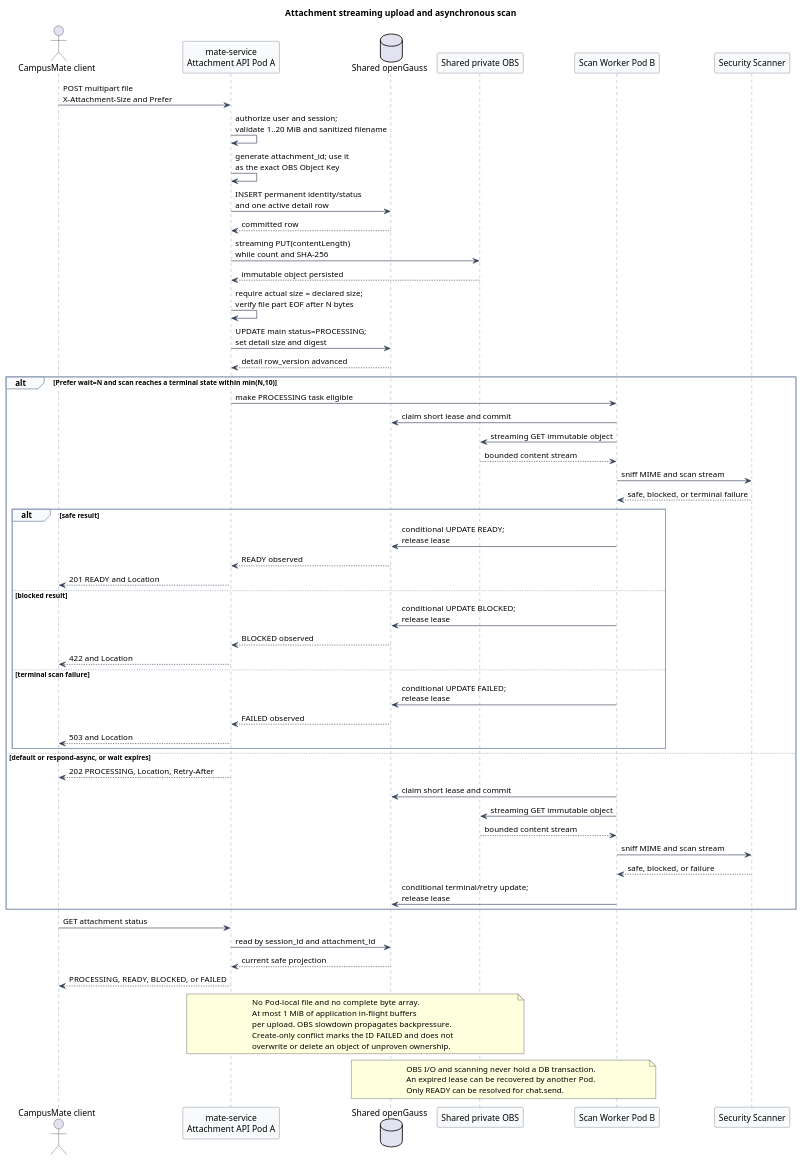
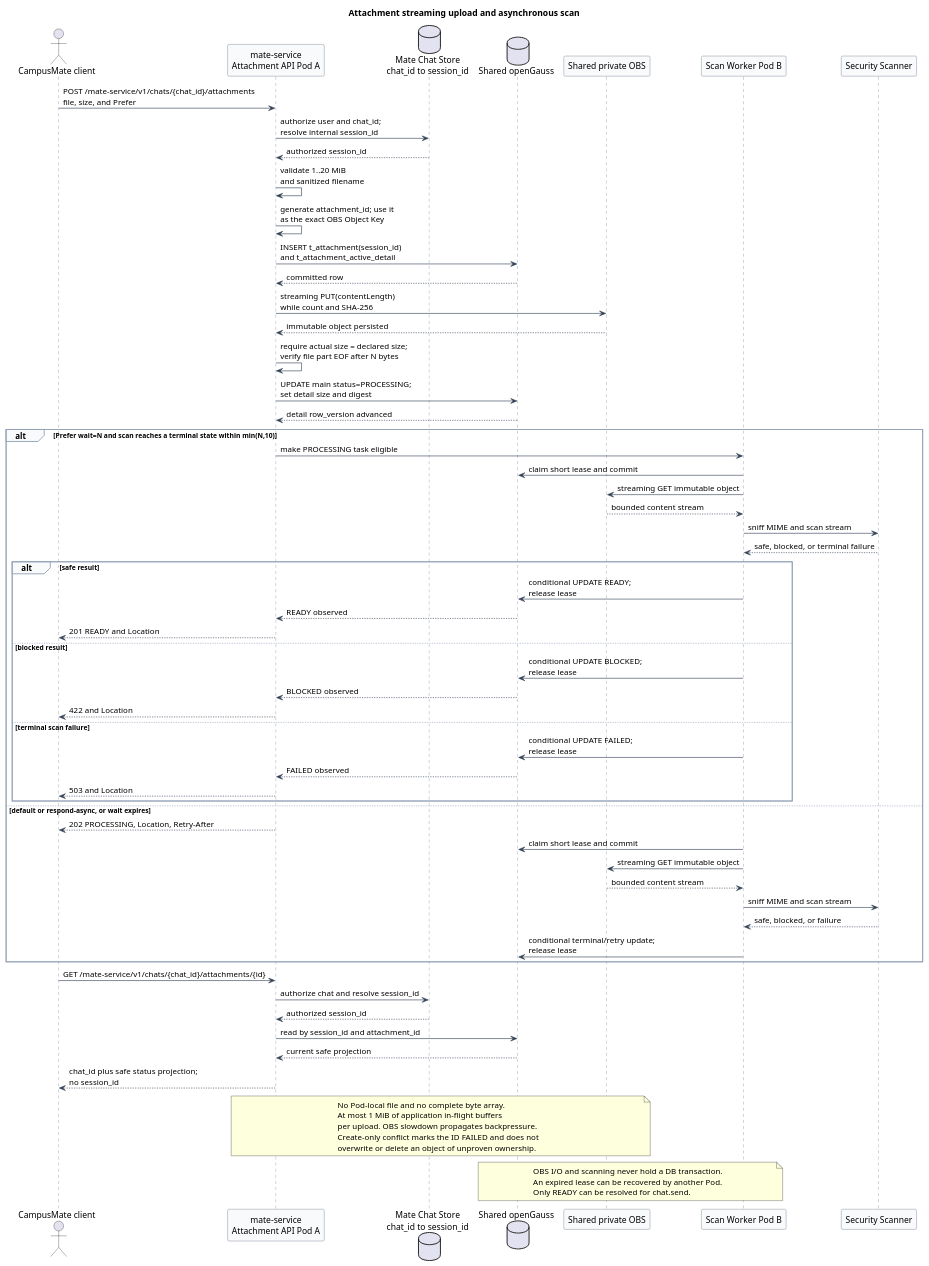
The first of 4 diagrams in campusmate-attachment-service/diagram.puml (superheromeZzh/pi-mono-java-design), drawn with PlantUML before and after one commit. The commit also changed other lines of this file and 35 other files, not shown here.

Commit message:
docs(agent): define public chat gateway boundary

```diff
--- a/campusmate-attachment-service/diagram.puml
+++ b/campusmate-attachment-service/diagram.puml
@@ -6,101 +6,107 @@
 @startuml attachment_upload_and_scan_flow
 title Attachment streaming upload and asynchronous scan
 
 ' Source evidence (pi-mono fc85bdd88be93b1e9a6b6bcfa41c684282ec79cc):
 ' packages/agent/src/agent.ts, prompt(), lines 336-395
 ' packages/ai/src/types.ts, ImageContent, lines 345-349
 ' Source evidence (pi-mono-java 1f7a5423219edfa4519d8719f1cc8a188ed72873):
 ' modules/ai/src/main/java/com/campusclaw/ai/types/UserMessage.java, lines 20-31
 ' modules/ai/src/main/java/com/campusclaw/ai/types/ContentBlock.java, lines 17-24
 ' modules/ai/src/main/java/com/campusclaw/ai/types/ImageContent.java, lines 9-18
 ' docs/plans/ws-chat-followups.md, lines 12-37
 ' External evidence:
 ' Huawei OBS Java SDK streaming upload: obs_21_0602.html and obs_21_0604.html
 ' RFC 7240: respond-async and wait HTTP preferences
 ' Observed behavior: both source baselines support inline image content but do
 ' not implement a generic attachment upload, scan, state, or OBS reference API.
-' Target design: mate-service streams one known-length file to shared OBS,
-' persists metadata in openGauss, and scans asynchronously before READY.
+' Target design: mate-service authorizes a public chat_id, resolves its internal
+' session_id from Mate Chat Store, streams one known-length file to shared OBS,
+' persists Runtime-bound metadata in openGauss, and scans before READY.
 ' Design reason: keep file bytes out of Chat Frames, local disk, and database rows.
 ' Security hardening: uploaded scripts remain untrusted bytes and are never executed.
 
 skinparam backgroundColor #FFFFFF
 skinparam shadowing false
 skinparam defaultFontName Arial
 skinparam sequence {
   ArrowColor #334155
   LifeLineBorderColor #64748B
   LifeLineBackgroundColor #F8FAFC
   ParticipantBorderColor #475569
   ParticipantBackgroundColor #F8FAFC
   GroupBorderColor #94A3B8
   GroupBackgroundColor #F8FAFC
 }
 
 actor "CampusMate client" as Client
 participant "mate-service\nAttachment API Pod A" as API
+database "Mate Chat Store\nchat_id to session_id" as ChatStore
 database "Shared openGauss" as DB
 participant "Shared private OBS" as OBS
 participant "Scan Worker Pod B" as Worker
 participant "Security Scanner" as Scanner
 
-Client -> API : POST multipart file\nX-Attachment-Size and Prefer
-API -> API : authorize user and session;\nvalidate 1..20 MiB and sanitized filename
+Client -> API : POST /mate-service/v1/chats/{chat_id}/attachments\nfile, size, and Prefer
+API -> ChatStore : authorize user and chat_id;\nresolve internal session_id
+ChatStore --> API : authorized session_id
+API -> API : validate 1..20 MiB\nand sanitized filename
 API -> API : generate attachment_id; use it\nas the exact OBS Object Key
-API -> DB : INSERT permanent identity/status\nand one active detail row
+API -> DB : INSERT t_attachment(session_id)\nand t_attachment_active_detail
 DB --> API : committed row
 API -> OBS : streaming PUT(contentLength)\nwhile count and SHA-256
 OBS --> API : immutable object persisted
 API -> API : require actual size = declared size;\nverify file part EOF after N bytes
 API -> DB : UPDATE main status=PROCESSING;\nset detail size and digest
 DB --> API : detail row_version advanced
 
 alt Prefer wait=N and scan reaches a terminal state within min(N,10)
   API -> Worker : make PROCESSING task eligible
   Worker -> DB : claim short lease and commit
   Worker -> OBS : streaming GET immutable object
   OBS --> Worker : bounded content stream
   Worker -> Scanner : sniff MIME and scan stream
   Scanner --> Worker : safe, blocked, or terminal failure
   alt safe result
     Worker -> DB : conditional UPDATE READY;\nrelease lease
     DB --> API : READY observed
     API --> Client : 201 READY and Location
   else blocked result
     Worker -> DB : conditional UPDATE BLOCKED;\nrelease lease
     DB --> API : BLOCKED observed
     API --> Client : 422 and Location
   else terminal scan failure
     Worker -> DB : conditional UPDATE FAILED;\nrelease lease
     DB --> API : FAILED observed
     API --> Client : 503 and Location
   end
 else default or respond-async, or wait expires
   API --> Client : 202 PROCESSING, Location, Retry-After
   Worker -> DB : claim short lease and commit
   Worker -> OBS : streaming GET immutable object
   OBS --> Worker : bounded content stream
   Worker -> Scanner : sniff MIME and scan stream
   Scanner --> Worker : safe, blocked, or failure
   Worker -> DB : conditional terminal/retry update;\nrelease lease
 end
 
-Client -> API : GET attachment status
+Client -> API : GET /mate-service/v1/chats/{chat_id}/attachments/{id}
+API -> ChatStore : authorize chat and resolve session_id
+ChatStore --> API : authorized session_id
 API -> DB : read by session_id and attachment_id
 DB --> API : current safe projection
-API --> Client : PROCESSING, READY, BLOCKED, or FAILED
+API --> Client : chat_id plus safe status projection;\nno session_id
 
 note over API,OBS
 No Pod-local file and no complete byte array.
 At most 1 MiB of application in-flight buffers
 per upload. OBS slowdown propagates backpressure.
 Create-only conflict marks the ID FAILED and does not
 overwrite or delete an object of unproven ownership.
 end note
 
 note over DB,Worker
 OBS I/O and scanning never hold a DB transaction.
 An expired lease can be recovered by another Pod.
 Only READY can be resolved for chat.send.
 end note
 @enduml
```
